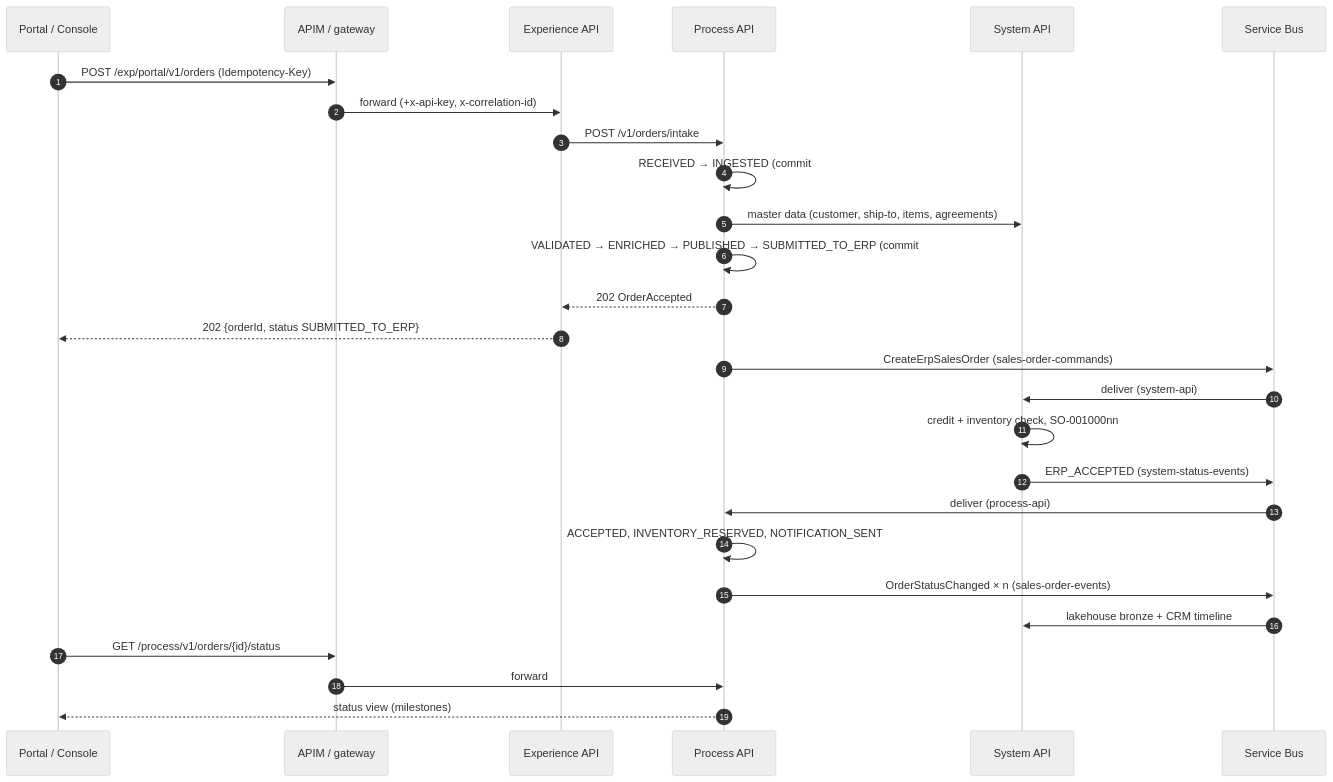
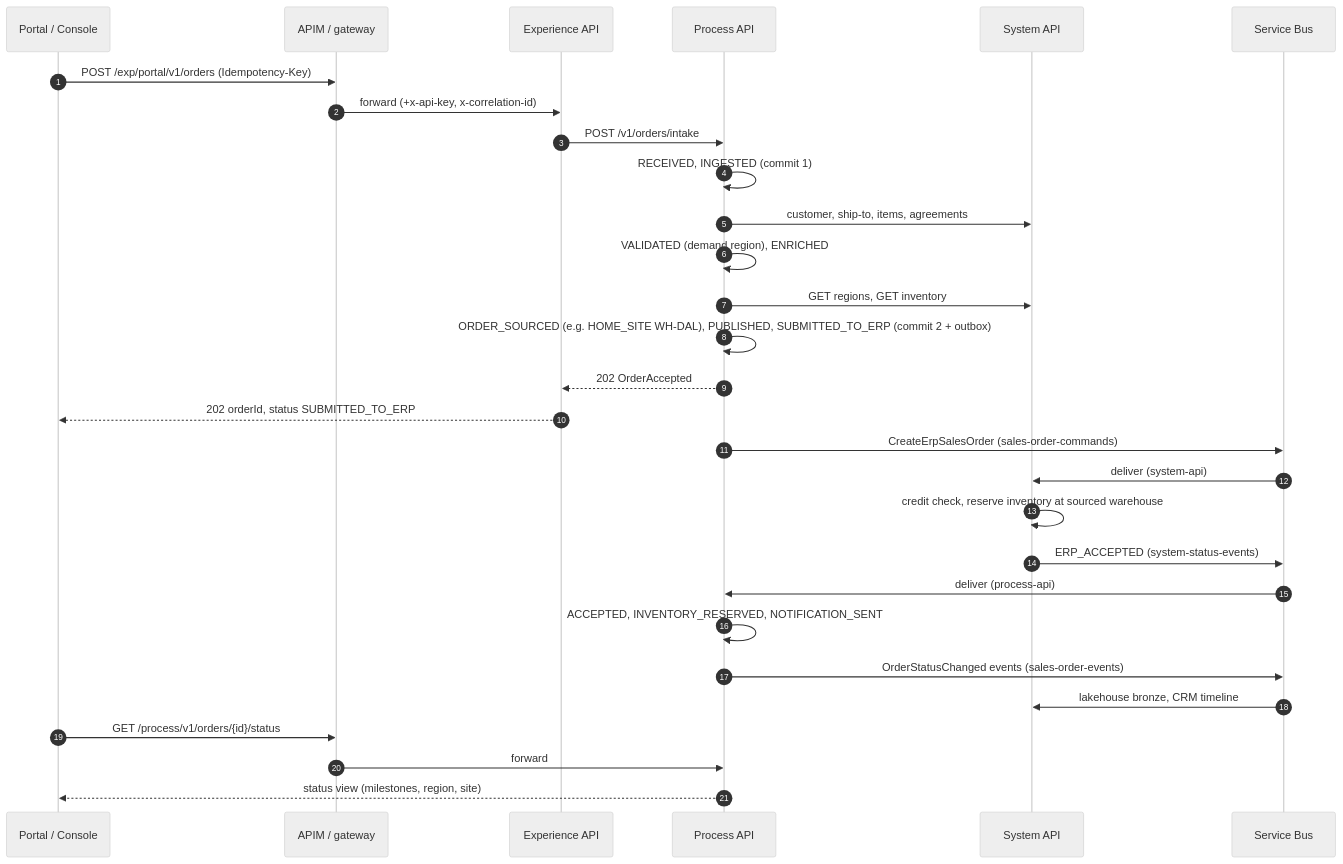
Before and after one commit to amitagrawal09/tf-data-product-so: the fourth of 9 diagrams in docs/02-technical-design.md, drawn with Mermaid (neutral theme). The commit also changed other lines of this file, not shown here.

````diff
--- a/docs/02-technical-design.md
+++ b/docs/02-technical-design.md
@@ -753,29 +956,31 @@
 ```mermaid
 sequenceDiagram
   autonumber
   participant C as Portal / Console
   participant G as APIM / gateway
   participant E as Experience API
   participant P as Process API
   participant S as System API
   participant SB as Service Bus
   C->>G: POST /exp/portal/v1/orders (Idempotency-Key)
   G->>E: forward (+x-api-key, x-correlation-id)
   E->>P: POST /v1/orders/intake
-  P->>P: RECEIVED → INGESTED (commit #1)
-  P->>S: master data (customer, ship-to, items, agreements)
-  P->>P: VALIDATED → ENRICHED → PUBLISHED → SUBMITTED_TO_ERP (commit #2 + outbox)
+  P->>P: RECEIVED, INGESTED (commit 1)
+  P->>S: customer, ship-to, items, agreements
+  P->>P: VALIDATED (demand region), ENRICHED
+  P->>S: GET regions, GET inventory
+  P->>P: ORDER_SOURCED (e.g. HOME_SITE WH-DAL), PUBLISHED, SUBMITTED_TO_ERP (commit 2 + outbox)
   P-->>E: 202 OrderAccepted
-  E-->>C: 202 {orderId, status SUBMITTED_TO_ERP}
+  E-->>C: 202 orderId, status SUBMITTED_TO_ERP
   P->>SB: CreateErpSalesOrder (sales-order-commands)
   SB->>S: deliver (system-api)
-  S->>S: credit + inventory check, SO-001000nn
+  S->>S: credit check, reserve inventory at sourced warehouse
   S->>SB: ERP_ACCEPTED (system-status-events)
   SB->>P: deliver (process-api)
   P->>P: ACCEPTED, INVENTORY_RESERVED, NOTIFICATION_SENT
-  P->>SB: OrderStatusChanged × n (sales-order-events)
-  SB->>S: lakehouse bronze + CRM timeline
+  P->>SB: OrderStatusChanged events (sales-order-events)
+  SB->>S: lakehouse bronze, CRM timeline
   C->>G: GET /process/v1/orders/{id}/status
   G->>P: forward
-  P-->>C: status view (milestones)
+  P-->>C: status view (milestones, region, site)
 ```
````
